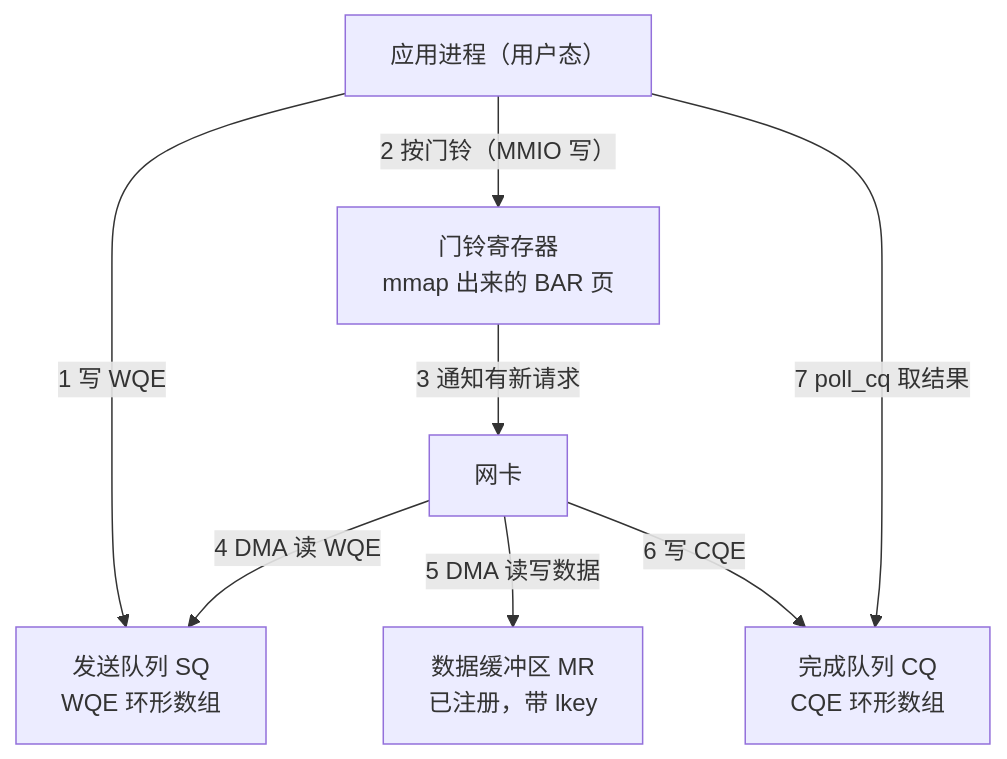
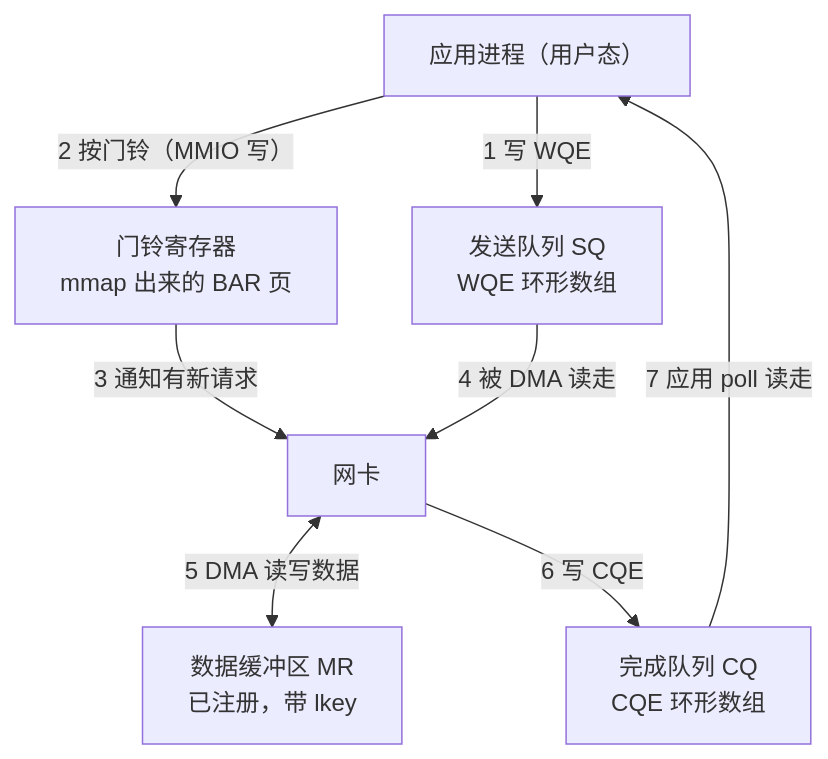
The second of 6 diagrams in _posts/2026-10-26-rdma-datapath.md (lnsyyj/lnsyyj.github.io), drawn with Mermaid before and after one commit. The commit also changed other lines of this file, not shown here.

Commit message:
fix(rdma): 队列数据流图改为按数据流向画箭头，去掉一条多余回边

````diff
--- a/_posts/2026-10-26-rdma-datapath.md
+++ b/_posts/2026-10-26-rdma-datapath.md
@@ -88,17 +88,17 @@
 ```mermaid
 flowchart TB
     APP["应用进程（用户态）"]
     SQ["发送队列 SQ<br/>WQE 环形数组"]
     DB["门铃寄存器<br/>mmap 出来的 BAR 页"]
     NIC["网卡"]
     MR["数据缓冲区 MR<br/>已注册，带 lkey"]
     CQ["完成队列 CQ<br/>CQE 环形数组"]
 
     APP -->|"1 写 WQE"| SQ
     APP -->|"2 按门铃（MMIO 写）"| DB
     DB -->|"3 通知有新请求"| NIC
-    NIC -->|"4 DMA 读 WQE"| SQ
-    NIC -->|"5 DMA 读写数据"| MR
+    SQ -->|"4 被 DMA 读走"| NIC
+    NIC <-->|"5 DMA 读写数据"| MR
     NIC -->|"6 写 CQE"| CQ
-    APP -->|"7 poll_cq 取结果"| CQ
+    CQ -->|"7 应用 poll 读走"| APP
 ```
````
